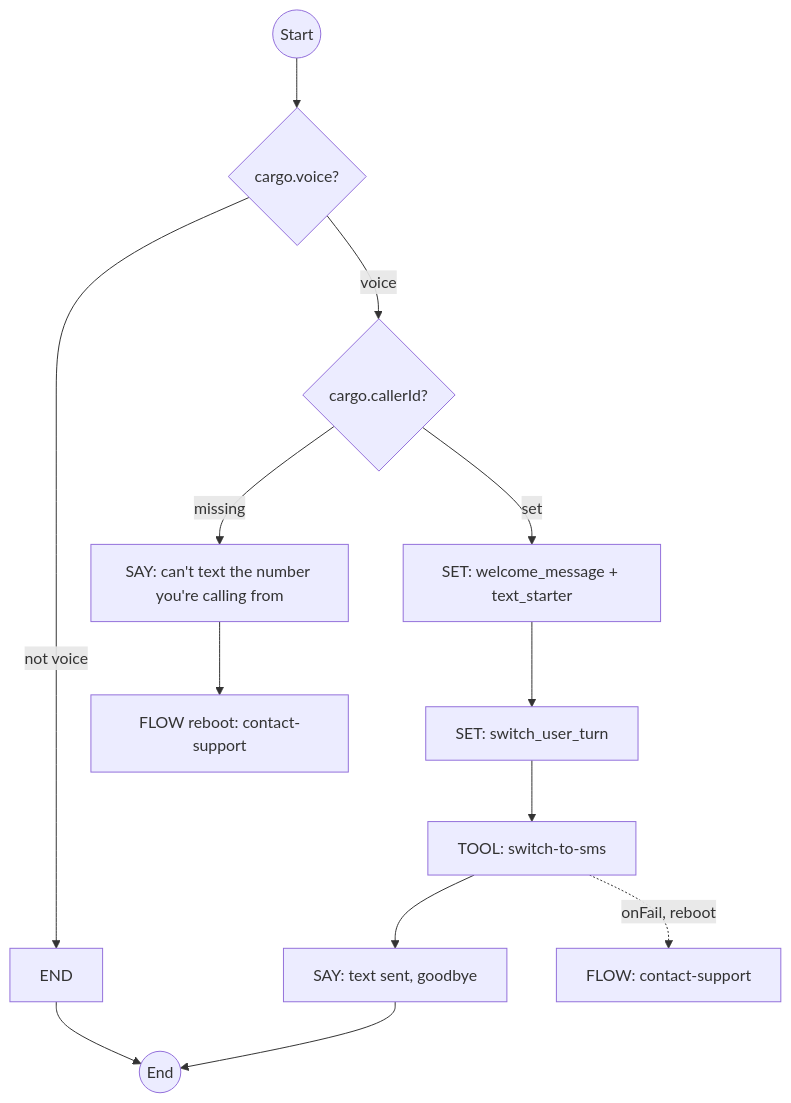
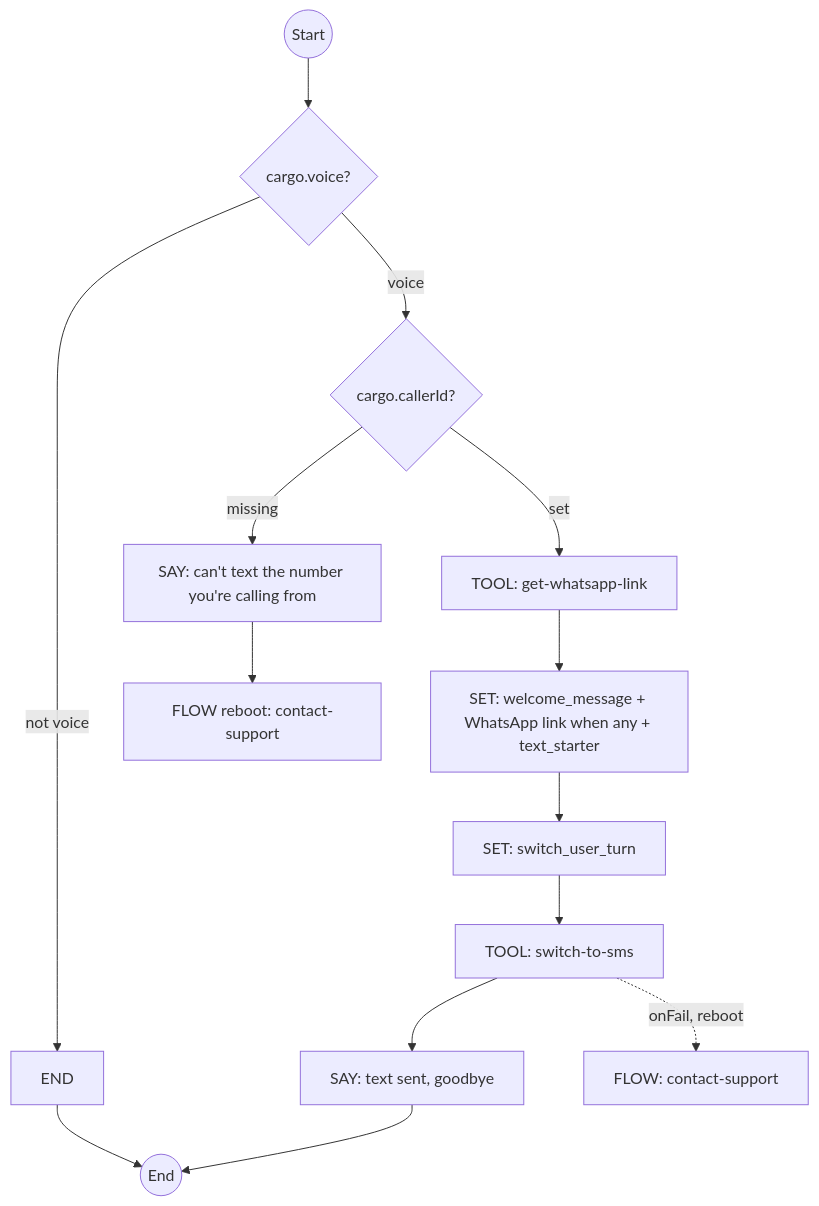
The fourth of 22 diagrams in docs/system-flows.md (ronpinkas/jsfe), drawn with Mermaid before and after one commit. The commit also changed other lines of this file and 4 other files, not shown here.

Commit message:
flows and docs: synced from prod (AIDevelopment 640a6a0): G intent descriptions (system LiveAgentRequested, SwitchToText; Shopify ProductSearch, TrackOrder, StorePolicies), worker one-liners, versions; SwitchToText's WhatsApp link comes from get-whatsapp-link (documented, with its three conditions)

````diff
--- a/docs/system-flows.md
+++ b/docs/system-flows.md
@@ -221,15 +223,16 @@
 ```mermaid
 graph TD
     start((Start)) --> check_already_text{cargo.voice?}
     check_already_text -->|not voice| already_text_mode[END]
     check_already_text -->|voice| check_can_text{cargo.callerId?}
     check_can_text -->|missing| say_cannot_text[SAY: can't text the number you're calling from]
     say_cannot_text --> cannot_text_contact_support[FLOW reboot: contact-support]
-    check_can_text -->|set| set_welcome_message[SET: welcome_message + text_starter]
+    check_can_text -->|set| get_whatsapp_link[TOOL: get-whatsapp-link]
+    get_whatsapp_link --> set_welcome_message[SET: welcome_message + WhatsApp link when any + text_starter]
     set_welcome_message --> set_switch_user_turn[SET: switch_user_turn]
     set_switch_user_turn --> send_welcome_sms[TOOL: switch-to-sms]
     send_welcome_sms --> confirm_sms_sent[SAY: text sent, goodbye]
     send_welcome_sms -.->|onFail, reboot| sms_failed_flow[FLOW: contact-support]
     confirm_sms_sent --> stop((End))
     already_text_mode --> stop
 ```
````
